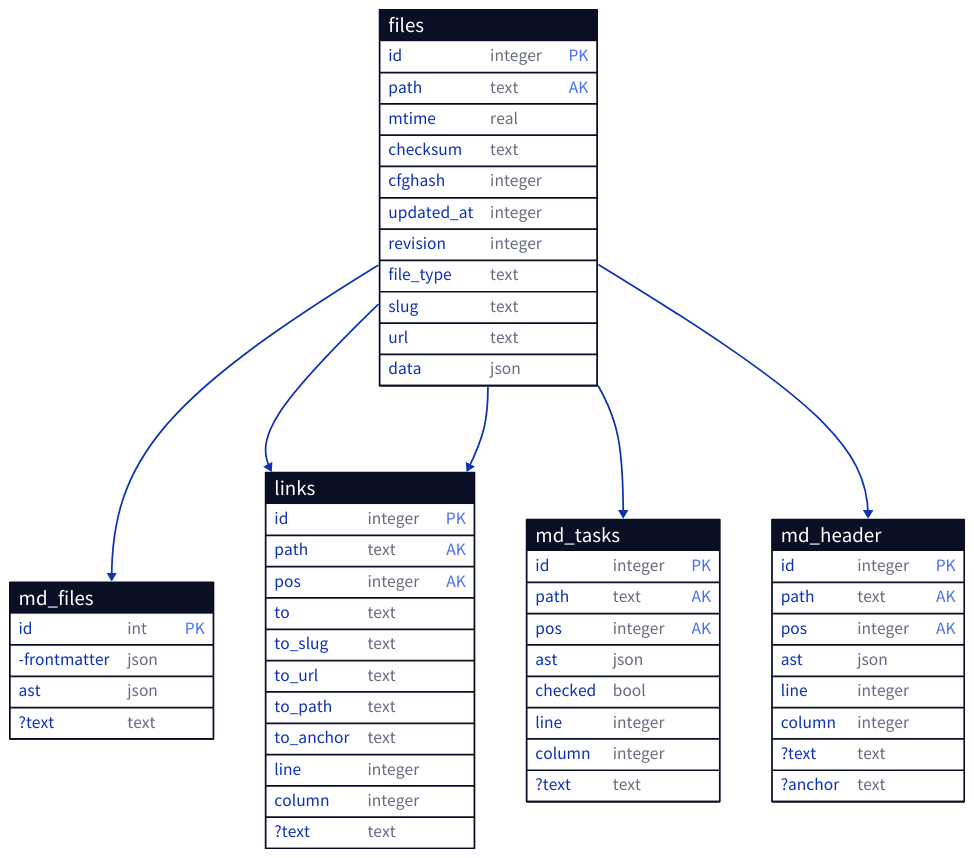
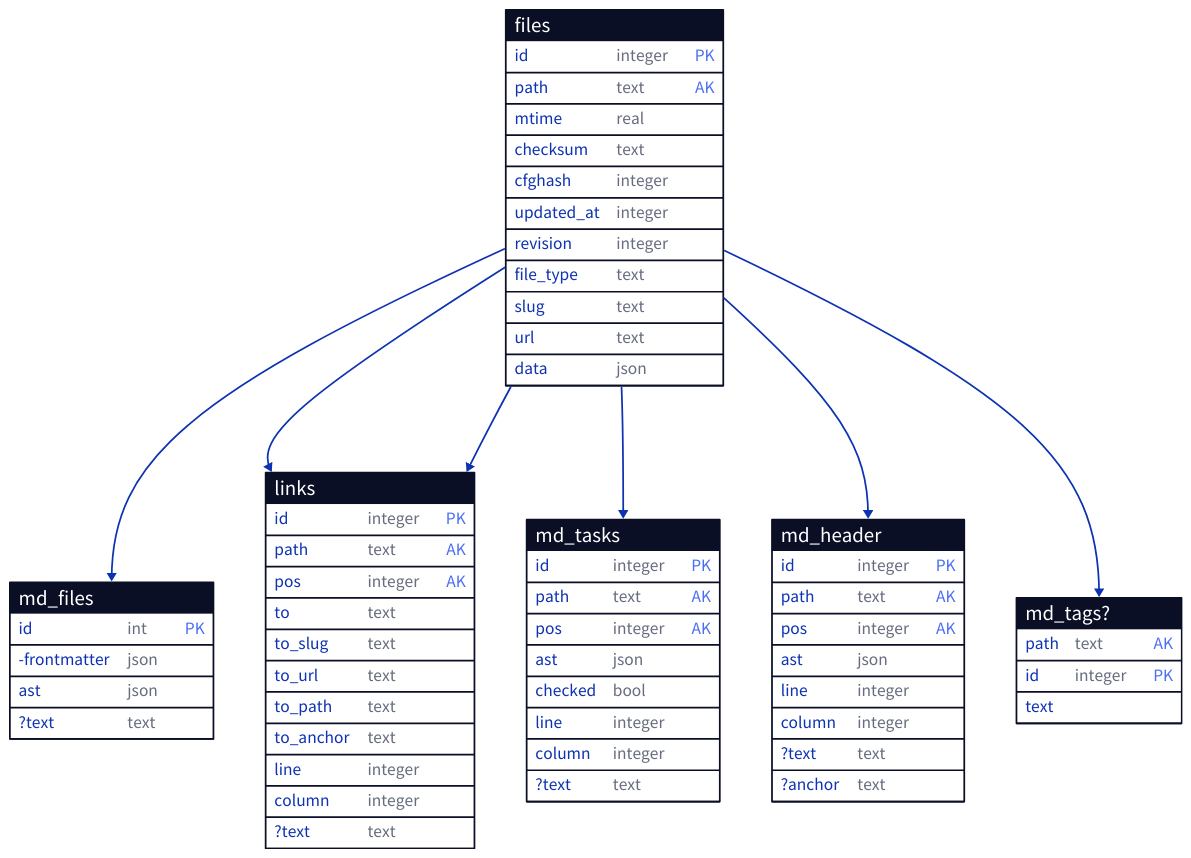
Before and after one commit to stereobooster/braindb: the third of 3 diagrams in packages/docs/src/content/docs/notes/brainstorming.md, drawn with D2. The commit also changed other lines of this file and 1 other file, not shown here.

````diff
--- a/packages/docs/src/content/docs/notes/brainstorming.md
+++ b/packages/docs/src/content/docs/notes/brainstorming.md
@@ -68,72 +68,81 @@
 ```d2
 files: {
   shape: sql_table
   id: integer {constraint: primary_key}
   path: text {constraint: AK}
   mtime: real
   checksum: text
   cfghash: integer
   updated_at: integer
   revision: integer
   file_type: text
   slug: text
   url: text
   data: json
 }
 
 md_files: {
   shape: sql_table
   id: int {constraint: primary_key}
   -frontmatter: json
   ast: json
   ?text: text
 }
 
 files.id -> md_files.id
 
 links: {
   shape: sql_table
   id: integer {constraint: primary_key}
   path: text {constraint: AK}
   pos: integer {constraint: AK}
   to: text
   to_slug: text
   to_url: text
   to_path: text
   to_anchor: text
   line: integer
   column: integer
   ?text: text
 }
 
 files.path -> links.path
 files.path -> links.to
 
 md_tasks: {
   shape: sql_table
   id: integer {constraint: primary_key}
   path: text {constraint: AK}
   pos: integer {constraint: AK}
   ast: json
   checked: bool
   line: integer
   column: integer
   ?text: text
 }
 
 files.path -> md_tasks.path
 
 md_header: {
   shape: sql_table
   id: integer {constraint: primary_key}
   path: text {constraint: AK}
   pos: integer {constraint: AK}
   ast: json
   line: integer
   column: integer
   ?text: text
   ?anchor: text
 }
 
 files.path -> md_header.path
+
+files.path -> md_tags?.path
+
+md_tags?: {
+  shape: sql_table
+  id: integer {constraint: primary_key}
+  path: text {constraint: AK}
+  text: text
+}
 ```
````
